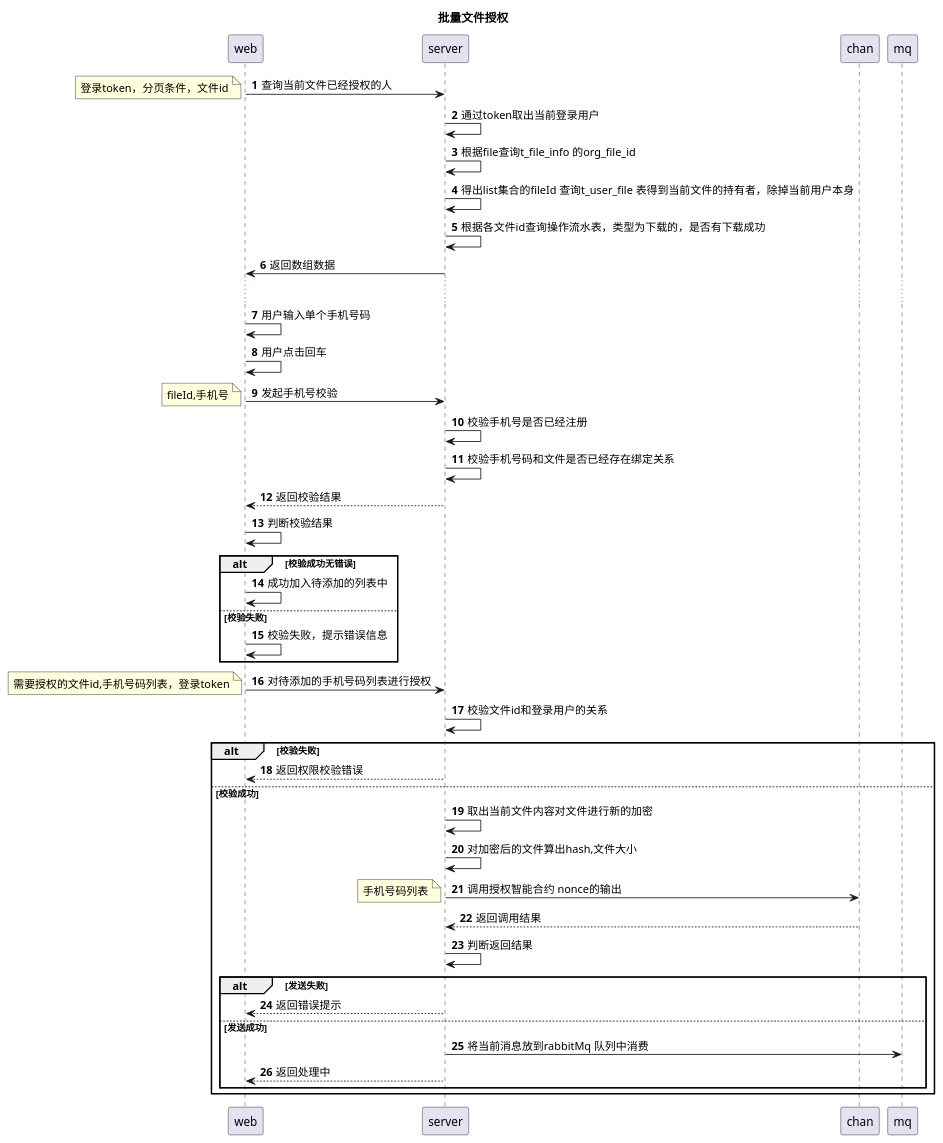
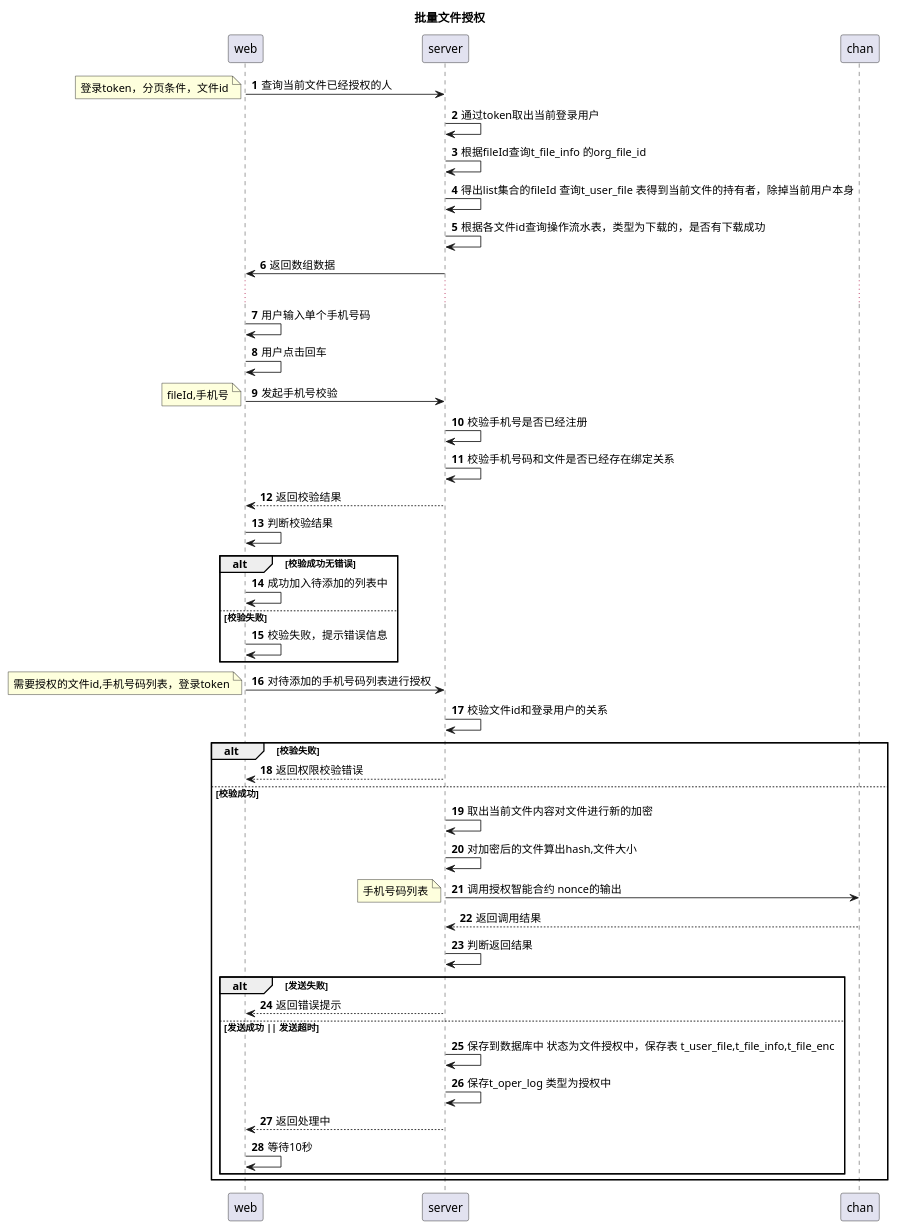
The diagram in doc/旷肽链文件授权/文件授权.puml (13589080127/zc-design), drawn with PlantUML before and after one commit. The commit also changed 9 other files, not shown here.

Commit message:
增加uml 图

```diff
--- a/doc/旷肽链文件授权/文件授权.puml
+++ b/doc/旷肽链文件授权/文件授权.puml
@@ -1,45 +1,47 @@
 @startuml
 title:批量文件授权
 autonumber
 web->server:查询当前文件已经授权的人
 note left:登录token，分页条件，文件id
 server->server:通过token取出当前登录用户
-server->server:根据file查询t_file_info 的org_file_id
+server->server:根据fileId查询t_file_info 的org_file_id
 server->server:得出list集合的fileId 查询t_user_file 表得到当前文件的持有者，除掉当前用户本身
 server->server:根据各文件id查询操作流水表，类型为下载的，是否有下载成功
 server->web:返回数组数据
 ...
 web->web:用户输入单个手机号码
 web->web:用户点击回车
 web->server:发起手机号校验
 note left:fileId,手机号
 server->server:校验手机号是否已经注册
 server->server:校验手机号码和文件是否已经存在绑定关系
 server-->web:返回校验结果
 web->web:判断校验结果
 alt 校验成功无错误
 web->web:成功加入待添加的列表中
 else 校验失败
 web->web:校验失败，提示错误信息
 end
 web->server:对待添加的手机号码列表进行授权
 note left: 需要授权的文件id,手机号码列表，登录token
 server->server: 校验文件id和登录用户的关系
 alt 校验失败
 server-->web:返回权限校验错误
 else 校验成功
 server->server:取出当前文件内容对文件进行新的加密
 server->server:对加密后的文件算出hash,文件大小
 server->chan:调用授权智能合约 nonce的输出
 note left:手机号码列表
 chan-->server:返回调用结果
 server->server:判断返回结果
 alt 发送失败
 server-->web:返回错误提示
-else 发送成功
-server->mq:将当前消息放到rabbitMq 队列中消费
+else 发送成功 || 发送超时
+server->server:保存到数据库中 状态为文件授权中，保存表 t_user_file,t_file_info,t_file_enc
+server->server:保存t_oper_log 类型为授权中
 server-->web:返回处理中
+web->web:等待10秒
 end
 end
 
 @enduml
```
